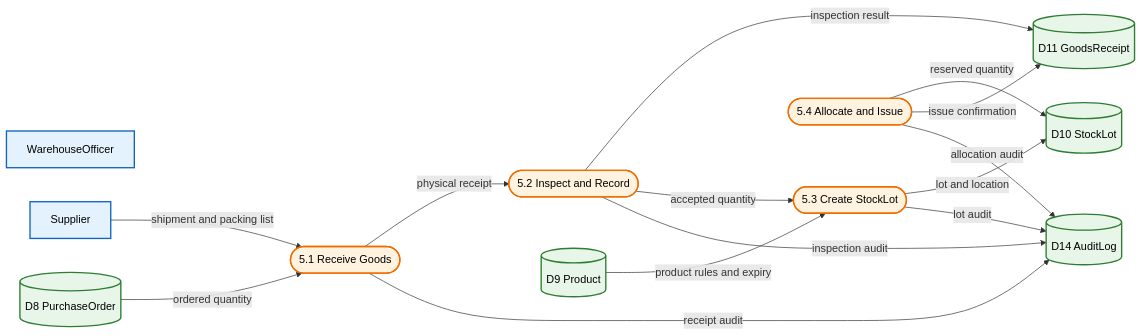
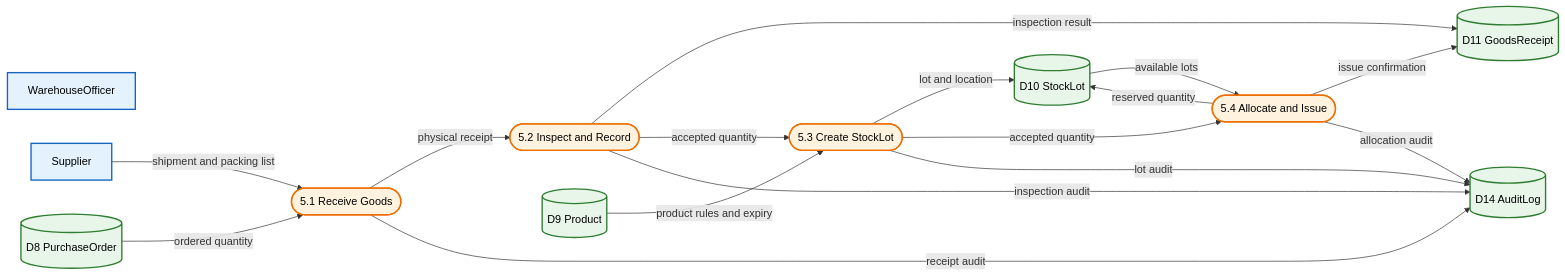
Before and after one commit to Shakour-Data/BedaanWaves: the seventh of 11 diagrams in docs/02_architecture/ARCH_integrated-hr-finance-procurement-dfd_v1.md, drawn with Mermaid. The commit also changed other lines of this file and 62 other files, not shown here.

````diff
--- a/docs/02_architecture/ARCH_integrated-hr-finance-procurement-dfd_v1.md
+++ b/docs/02_architecture/ARCH_integrated-hr-finance-procurement-dfd_v1.md
@@ -344,32 +355,34 @@
 ```mermaid
 flowchart LR
-    classDef entity fill:#E3F2FD,stroke:#1565C0,stroke-width:2px,color:#000;
-    classDef process fill:#FFF3E0,stroke:#EF6C00,stroke-width:2px,color:#000;
-    classDef store fill:#E8F5E9,stroke:#2E7D32,stroke-width:2px,color:#000;
+classDef entity fill:#E3F2FD,stroke:#1565C0,stroke-width:2px,color:#000;
+classDef process fill:#FFF3E0,stroke:#EF6C00,stroke-width:2px,color:#000;
+classDef store fill:#E8F5E9,stroke:#2E7D32,stroke-width:2px,color:#000;
 
-    WH[WarehouseOfficer]:::entity
-    SUP[Supplier]:::entity
-    P51([5.1 Receive Goods]):::process
-    P52([5.2 Inspect and Record]):::process
-    P53([5.3 Create StockLot]):::process
-    P54([5.4 Allocate and Issue]):::process
-    D8[(D8 PurchaseOrder)]:::store
-    D9[(D9 Product)]:::store
-    D10[(D10 StockLot)]:::store
-    D11[(D11 GoodsReceipt)]:::store
-    D14[(D14 AuditLog)]:::store
+WH[WarehouseOfficer]:::entity
+SUP[Supplier]:::entity
+P51([5.1 Receive Goods]):::process
+P52([5.2 Inspect and Record]):::process
+P53([5.3 Create StockLot]):::process
+P54([5.4 Allocate and Issue]):::process
+D8[(D8 PurchaseOrder)]:::store
+D9[(D9 Product)]:::store
+D10[(D10 StockLot)]:::store
+D11[(D11 GoodsReceipt)]:::store
+D14[(D14 AuditLog)]:::store
 
     SUP -->|shipment and packing list| P51
     D8 -->|ordered quantity| P51
     P51 -->|physical receipt| P52
     P52 -->|inspection result| D11
     P52 -->|accepted quantity| P53
     D9 -->|product rules and expiry| P53
     P53 -->|lot and location| D10
+    D10 -->|available lots| P54
+    P53 -->|accepted quantity| P54
     P54 -->|reserved quantity| D10
     P54 -->|issue confirmation| D11
-    P51 -->|receipt audit| D14
-    P52 -->|inspection audit| D14
-    P53 -->|lot audit| D14
-    P54 -->|allocation audit| D14
+P51 -->|receipt audit| D14
+P52 -->|inspection audit| D14
+P53 -->|lot audit| D14
+P54 -->|allocation audit| D14
 ```
````
